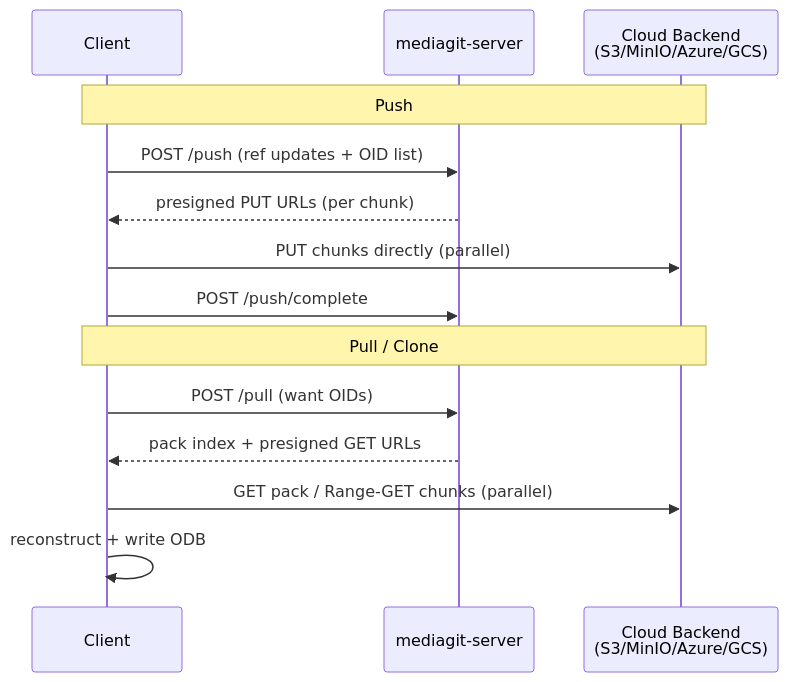
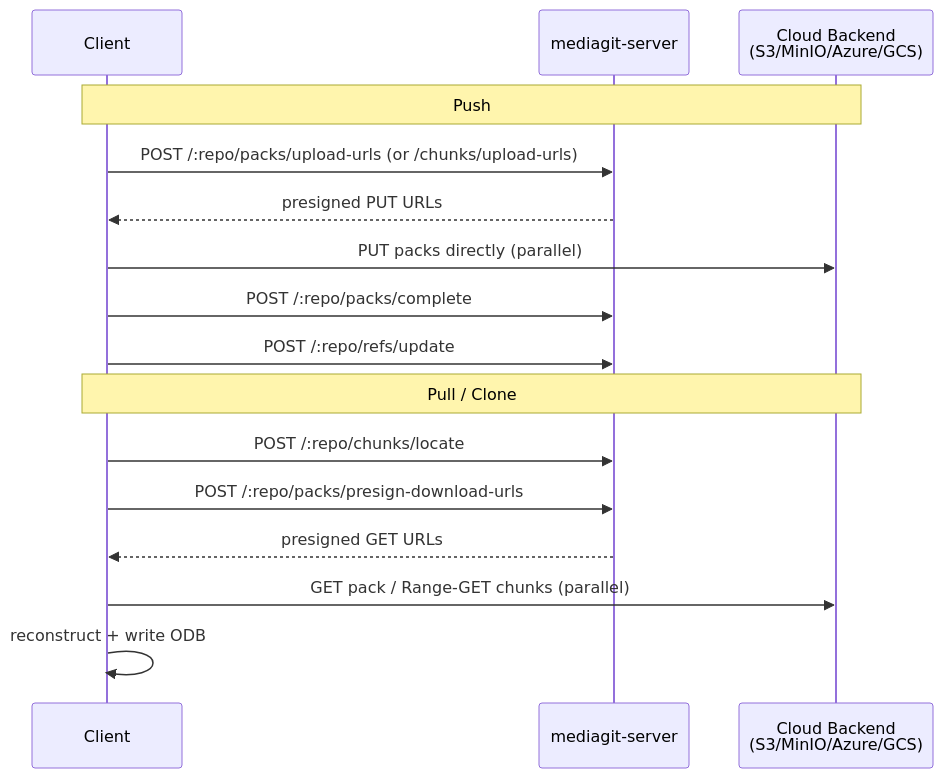
One commit to winnyboy5/mediagit-core changed the first of 3 diagrams in book/src/architecture/storage-backends.md. Above: the diagram before and after it, drawn with Mermaid. The commit also changed other lines of this file and 21 other files, not shown here.

````diff
--- a/book/src/architecture/storage-backends.md
+++ b/book/src/architecture/storage-backends.md
@@ -41,18 +41,20 @@
 ```mermaid
 sequenceDiagram
     participant C as Client
     participant S as mediagit-server
     participant B as Cloud Backend<br/>(S3/MinIO/Azure/GCS)
 
     Note over C,B: Push
-    C->>S: POST /push (ref updates + OID list)
-    S-->>C: presigned PUT URLs (per chunk)
-    C->>B: PUT chunks directly (parallel)
-    C->>S: POST /push/complete
+    C->>S: POST /:repo/packs/upload-urls (or /chunks/upload-urls)
+    S-->>C: presigned PUT URLs
+    C->>B: PUT packs directly (parallel)
+    C->>S: POST /:repo/packs/complete
+    C->>S: POST /:repo/refs/update
 
     Note over C,B: Pull / Clone
-    C->>S: POST /pull (want OIDs)
-    S-->>C: pack index + presigned GET URLs
+    C->>S: POST /:repo/chunks/locate
+    C->>S: POST /:repo/packs/presign-download-urls
+    S-->>C: presigned GET URLs
     C->>B: GET pack / Range-GET chunks (parallel)
     C->>C: reconstruct + write ODB
 ```
````
